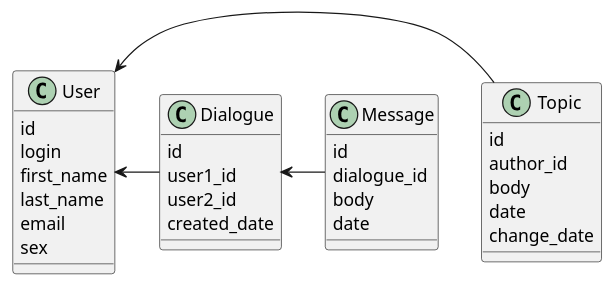
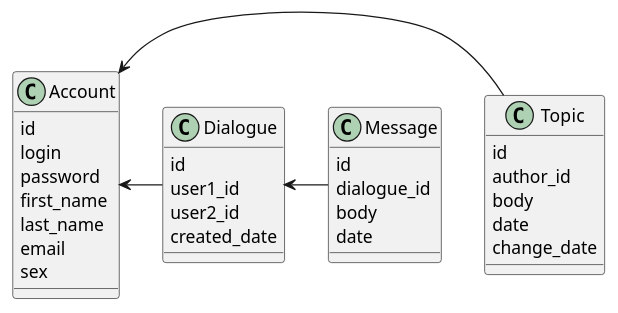
Before and after one commit to PabloKharo/ISA: the second of 2 diagrams in isa_lab_1/components.md, drawn with PlantUML.

Commit message:
переименовал user -> account

````diff
--- a/isa_lab_1/components.md
+++ b/isa_lab_1/components.md
@@ -89,41 +89,42 @@
 ```puml
 @startuml
 
-class User {
+class Account {
   id
   login
+  password
   first_name
   last_name
   email
   sex
 }
 
 
 class Topic {
   id
   author_id
   body
   date
   change_date
 }
 
 class Dialogue {
   id
   user1_id
   user2_id
   created_date
 }
 
 class Message {
   id
   dialogue_id
   body
   date
 }
 
-User <- Topic
-User <- Dialogue
+Account <- Topic
+Account <- Dialogue
 Dialogue <- Message
 
 @enduml
 ```
````
